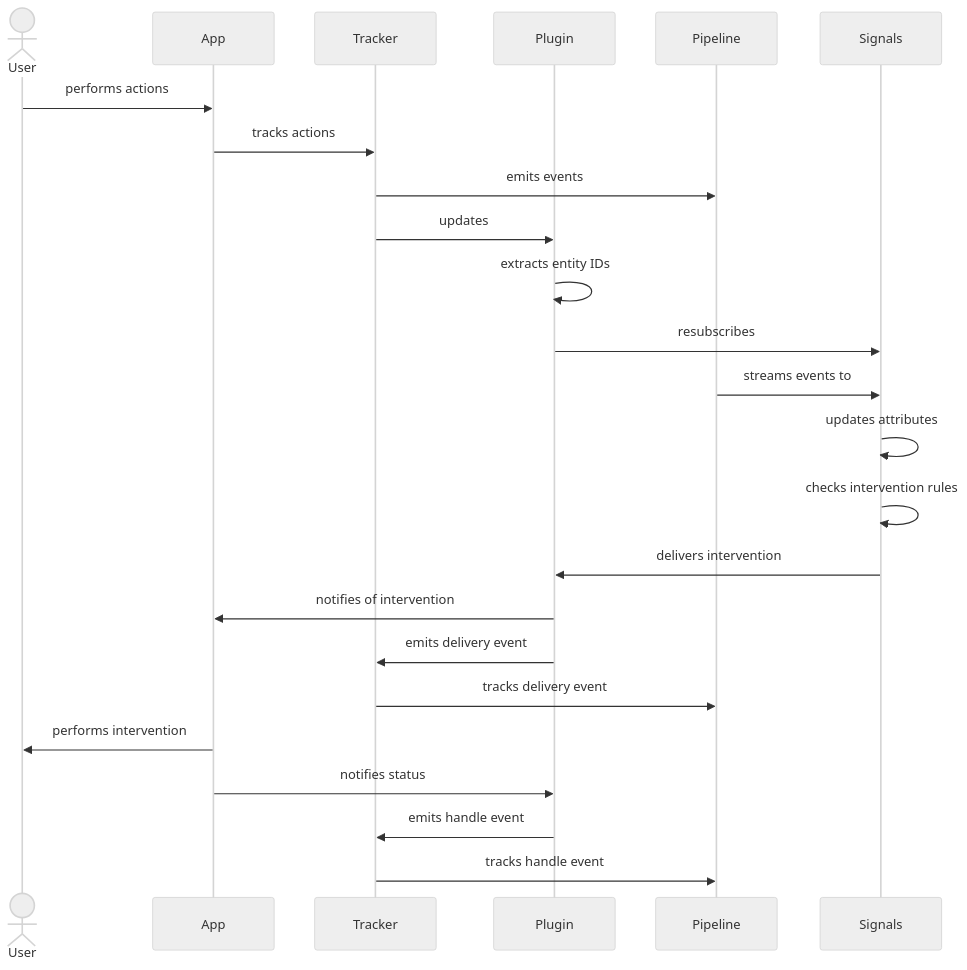
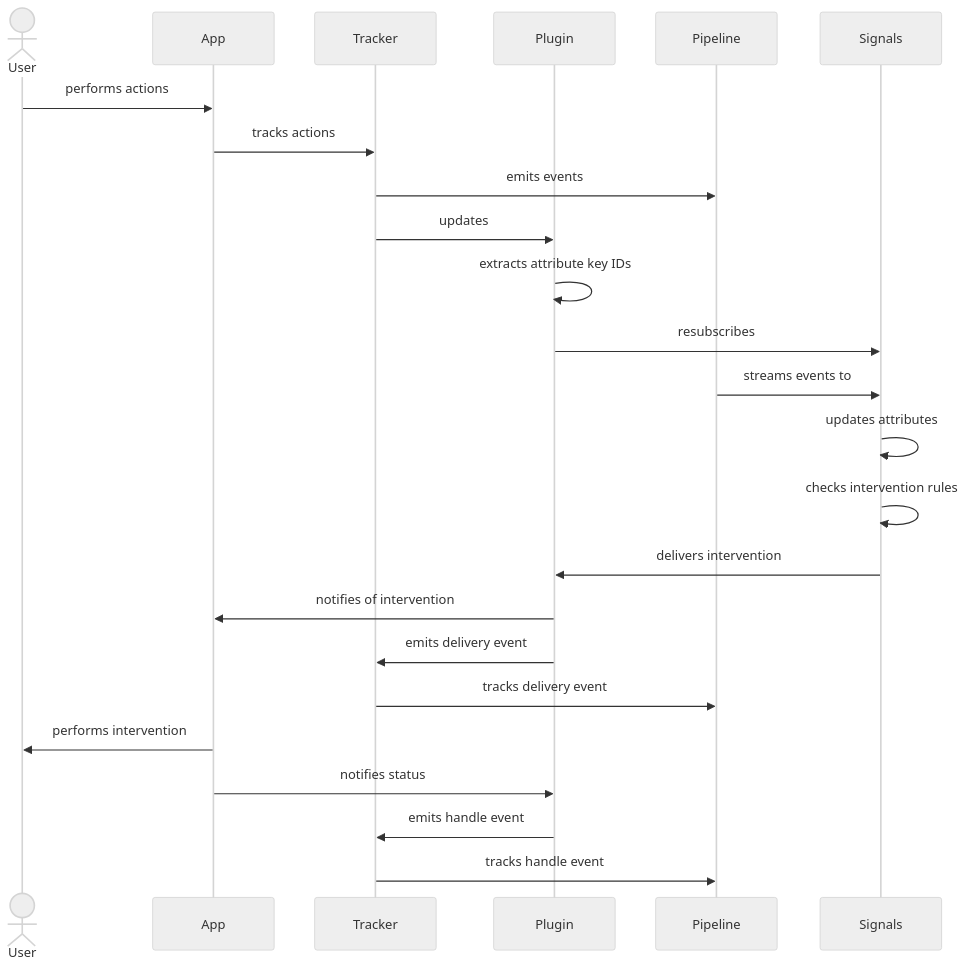
One commit to snowplow/documentation changed the second of 2 diagrams in docs/signals/interventions/index.md. Above: the diagram before and after it, drawn with Mermaid (neutral theme). The commit also changed other lines of this file and 19 other files, not shown here.

````diff
--- a/docs/signals/interventions/index.md
+++ b/docs/signals/interventions/index.md
@@ -179,27 +179,27 @@
 ```mermaid
 sequenceDiagram
   actor User
   participant App
   participant Tracker
   participant Plugin
   participant Pipeline
   participant Signals
 
   User ->> App: performs actions
   App ->> Tracker: tracks actions
   Tracker ->> Pipeline: emits events
   Tracker ->> Plugin: updates
-  Plugin ->> Plugin: extracts entity IDs
+  Plugin ->> Plugin: extracts attribute key IDs
   Plugin ->> Signals: resubscribes
   Pipeline ->> Signals: streams events to
   Signals ->> Signals: updates attributes
   Signals ->> Signals: checks intervention rules
   Signals ->> Plugin: delivers intervention
   Plugin ->> App: notifies of intervention
   Plugin ->> Tracker: emits delivery event
   Tracker ->> Pipeline: tracks delivery event
   App ->> User: performs intervention
   App ->> Plugin: notifies status
   Plugin ->> Tracker: emits handle event
   Tracker ->> Pipeline: tracks handle event
 ```
````
